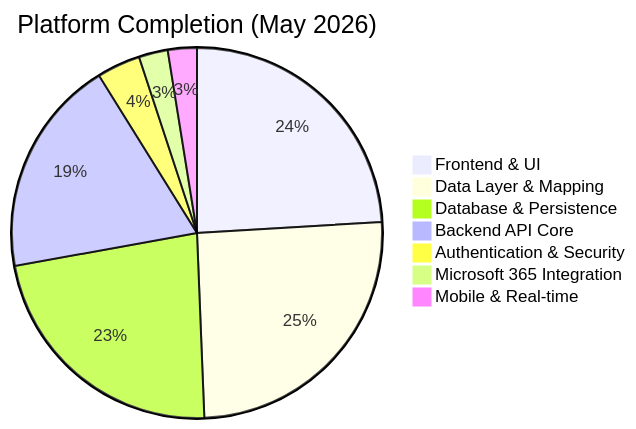
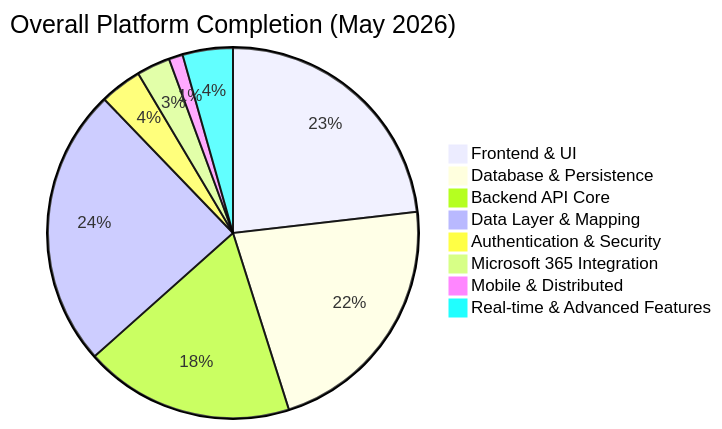
One commit to iceccarelli/bahn-project-manager changed the first of 4 diagrams in README.md. Above: the diagram before and after it, drawn with Mermaid. The commit also changed other lines of this file, not shown here.

````diff
--- a/README.md
+++ b/README.md
@@ -56,10 +59,11 @@
 ```mermaid
-pie title Platform Completion (May 2026)
+pie title Overall Platform Completion (May 2026)
     "Frontend & UI" : 95
-    "Data Layer & Mapping" : 100
     "Database & Persistence" : 90
     "Backend API Core" : 75
+    "Data Layer & Mapping" : 100
     "Authentication & Security" : 15
-    "Microsoft 365 Integration" : 10
-    "Mobile & Real-time" : 10
+    "Microsoft 365 Integration" : 12
+    "Mobile & Distributed" : 5
+    "Real-time & Advanced Features" : 18
 ```
````
